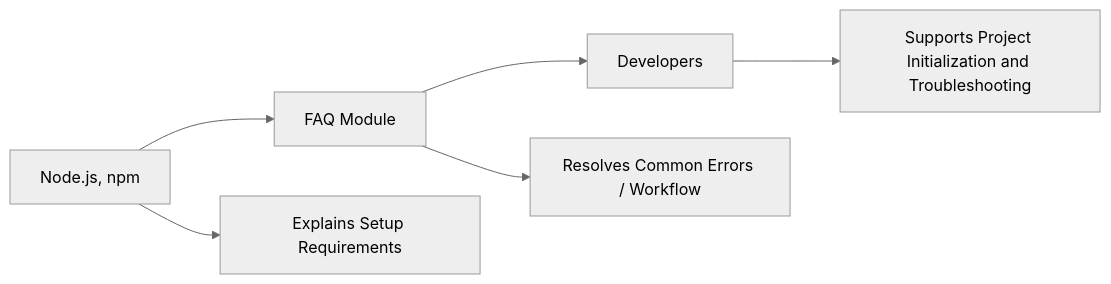
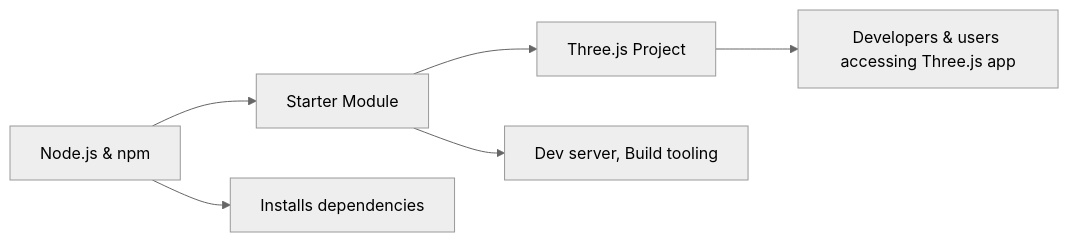
The diagram in .shelfya/starter/faq.md (NicoooM/three-js-test), drawn with Mermaid (neutral theme) before and after one commit. The commit also changed other lines of this file and 4 other files, not shown here.

````diff
--- a/.shelfya/starter/faq.md
+++ b/.shelfya/starter/faq.md
@@ -39,7 +39,7 @@
 ```mermaid
 flowchart LR
-  dependencies["Node.js, npm"] --> faq["FAQ Module"] --> usedBy["Developers"]
-  dependencies --> details["Explains Setup Requirements"]
-  faq --> process["Resolves Common Errors / Workflow"] 
-  usedBy --> consumers["Supports Project Initialization and Troubleshooting"]
+  dependencies["Node.js & npm"] --> thisModule["Starter Module"] --> usedBy["Three.js Project"]
+  dependencies --> details["Installs dependencies"]
+  thisModule --> process["Dev server, Build tooling"] 
+  usedBy --> consumers["Developers & users accessing Three.js app"]
 ```
````
